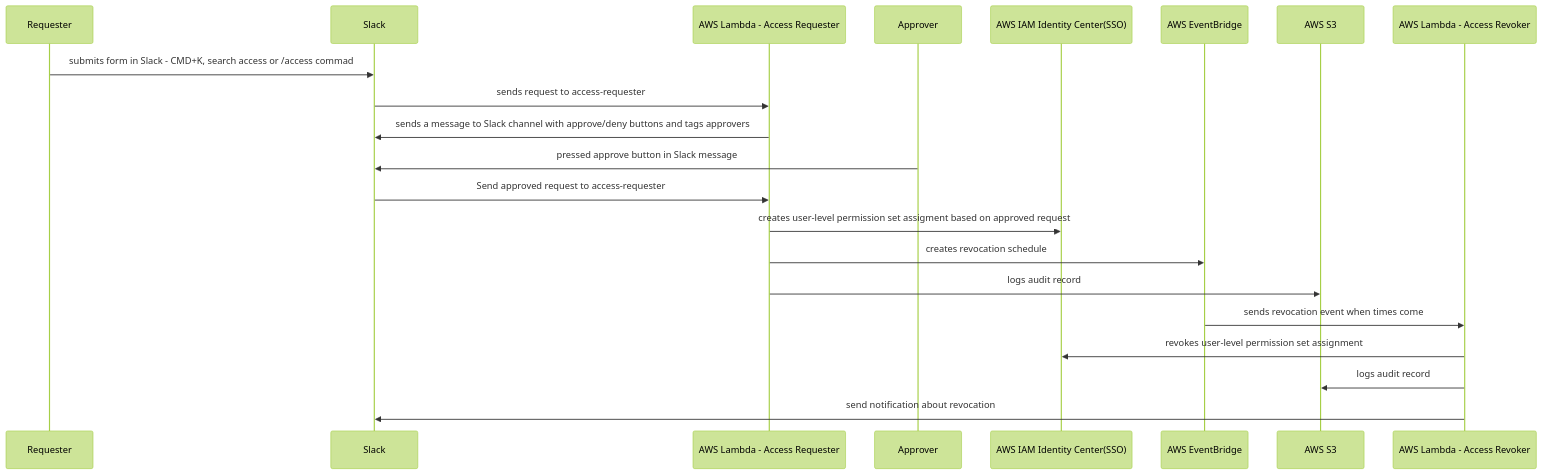
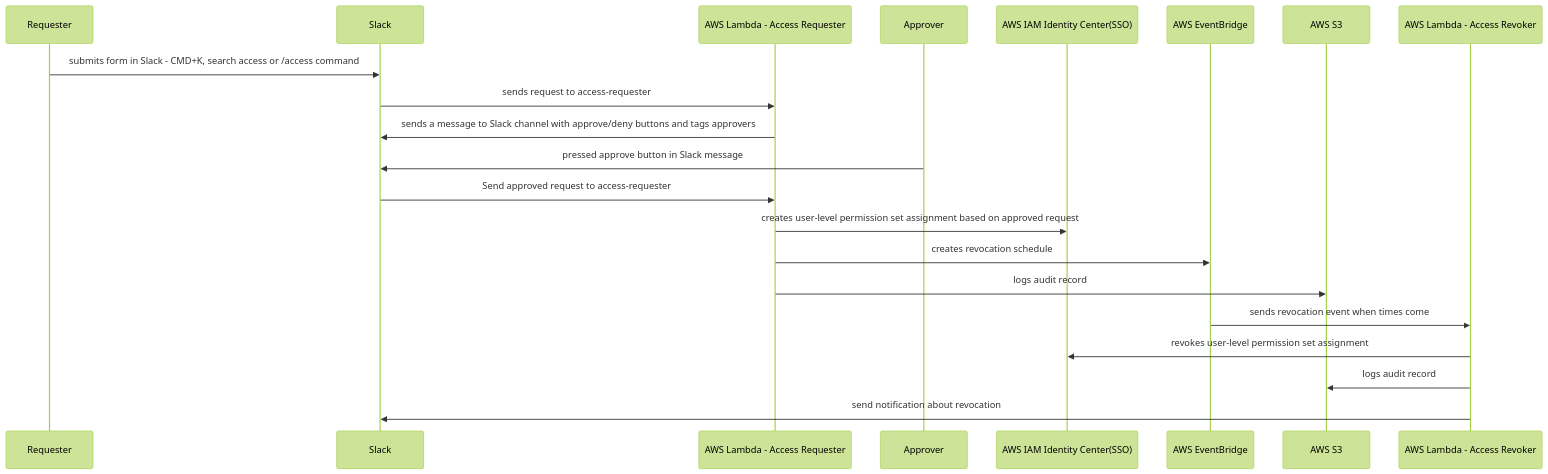
The diagram in README.md (fivexl/terraform-aws-sso-elevator), drawn with Mermaid (forest theme) before and after one commit. The commit also changed other lines of this file, not shown here.

````diff
--- a/README.md
+++ b/README.md
@@ -48,15 +48,15 @@
 ```mermaid
 sequenceDiagram
-    Requester->>Slack: submits form in Slack - CMD+K, search access or /access commad
+    Requester->>Slack: submits form in Slack - CMD+K, search access or /access command
     Slack->>AWS Lambda - Access Requester: sends request to access-requester
     AWS Lambda - Access Requester->>Slack: sends a message to Slack channel with approve/deny buttons and tags approvers
     Approver->>Slack: pressed approve button in Slack message
     Slack->>AWS Lambda - Access Requester: Send approved request to access-requester
-    AWS Lambda - Access Requester->>AWS IAM Identity Center(SSO): creates user-level permission set assigment based on approved request
+    AWS Lambda - Access Requester->>AWS IAM Identity Center(SSO): creates user-level permission set assignment based on approved request
     AWS Lambda - Access Requester->>AWS EventBridge: creates revocation schedule
     AWS Lambda - Access Requester->>AWS S3: logs audit record
     AWS EventBridge->>AWS Lambda - Access Revoker: sends revocation event when times come
     AWS Lambda - Access Revoker->>AWS IAM Identity Center(SSO): revokes user-level permission set assignment
     AWS Lambda - Access Revoker->>AWS S3: logs audit record
     AWS Lambda - Access Revoker->>Slack:  send notification about revocation
 ```
````
